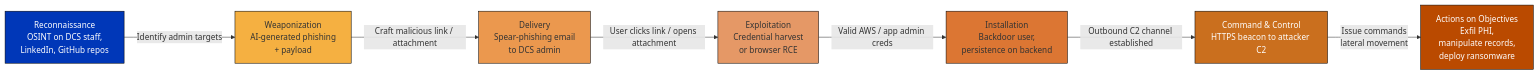
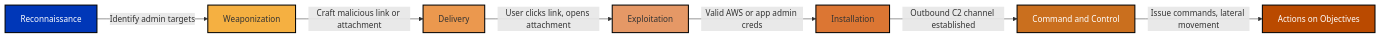
The diagram in Attack Scenario 1/README.md (DhillanC/Thread-Modeling-DCS-CareConnect), drawn with Mermaid before and after one commit. The commit also changed 10 other files, not shown here.

First line of the commit message:
fix: make all Mermaid diagrams compatible with GitHub/VSCode preview parser

````diff
--- a/Attack Scenario 1/README.md
+++ b/Attack Scenario 1/README.md
@@ -50,24 +50,17 @@
 ```mermaid
 flowchart LR
-    A[Reconnaissance<br/>OSINT on DCS staff,<br/>LinkedIn, GitHub repos] -->|Identify admin targets| B[Weaponization<br/>AI-generated phishing<br/>+ payload]
-    B -->|Craft malicious link / attachment| C[Delivery<br/>Spear-phishing email<br/>to DCS admin]
-    C -->|User clicks link / opens attachment| D[Exploitation<br/>Credential harvest<br/>or browser RCE]
-    D -->|Valid AWS / app admin creds| E[Installation<br/>Backdoor user,<br/>persistence on backend]
-    E -->|Outbound C2 channel established| F[Command & Control<br/>HTTPS beacon to attacker C2]
-    F -->|Issue commands<br/>lateral movement| G[Actions on Objectives<br/>Exfil PHI,<br/>manipulate records,<br/>deploy ransomware]
+    style Reconnaissance fill:#0037b8,stroke:#000,stroke-width:2px,color:#fff
+    style Weaponization fill:#F5B041,stroke:#000,stroke-width:2px
+    style Delivery fill:#EB984E,stroke:#000,stroke-width:2px
+    style Exploitation fill:#E59866,stroke:#000,stroke-width:2px
+    style Installation fill:#DC7633,stroke:#000,stroke-width:2px
+    style Command_Control fill:#CA6F1E,stroke:#000,stroke-width:2px,color:#fff
+    style Actions_Objectives fill:#BA4A00,stroke:#000,stroke-width:2px,color:#fff
 
-    classDef recon fill:#0037b8,stroke:#000,color:#fff;
-    classDef weap fill:#F5B041,stroke:#000;
-    classDef deliv fill:#EB984E,stroke:#000;
-    classDef expl fill:#E59866,stroke:#000;
-    classDef install fill:#DC7633,stroke:#000;
-    classDef c2 fill:#CA6F1E,stroke:#000,color:#fff;
-    classDef act fill:#BA4A00,stroke:#000,color:#fff;
-    class A recon;
-    class B weap;
-    class C deliv;
-    class D expl;
-    class E install;
-    class F c2;
-    class G act;
+    Reconnaissance[Reconnaissance] -->|Identify admin targets| Weaponization[Weaponization]
+    Weaponization[Weaponization] -->|Craft malicious link or attachment| Delivery[Delivery]
+    Delivery[Delivery] -->|User clicks link, opens attachment| Exploitation[Exploitation]
+    Exploitation[Exploitation] -->|Valid AWS or app admin creds| Installation[Installation]
+    Installation[Installation] -->|Outbound C2 channel established| Command_Control[Command and Control]
+    Command_Control[Command and Control] -->|Issue commands, lateral movement| Actions_Objectives[Actions on Objectives]
 ```
````
